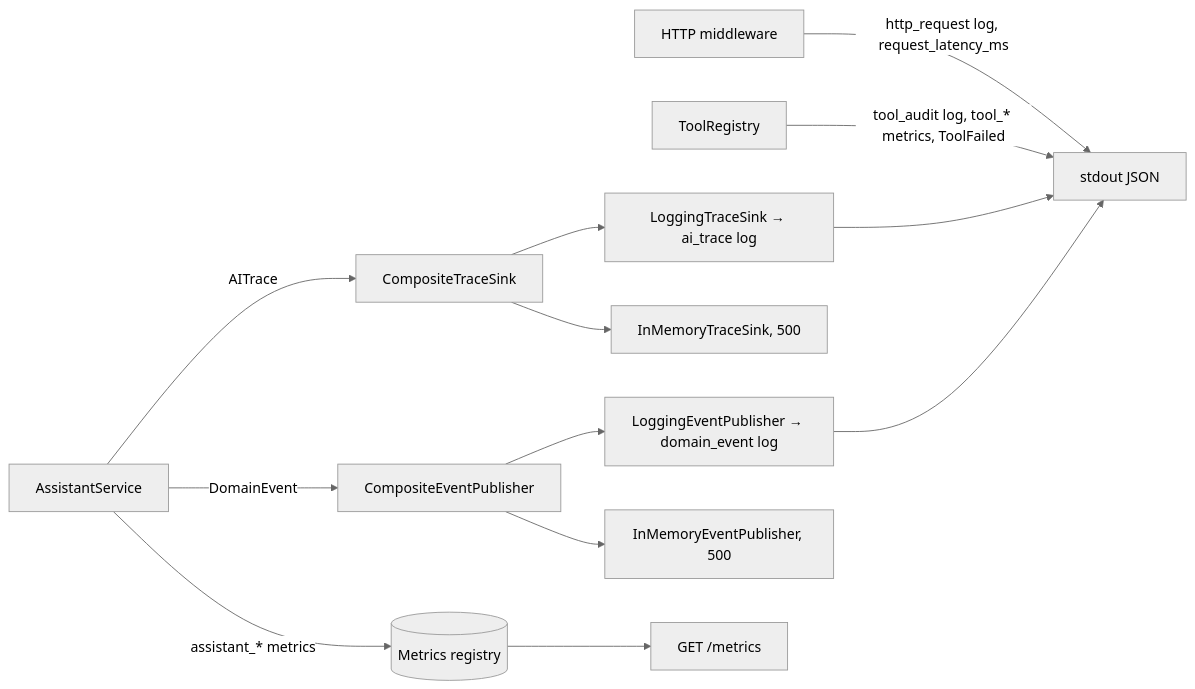
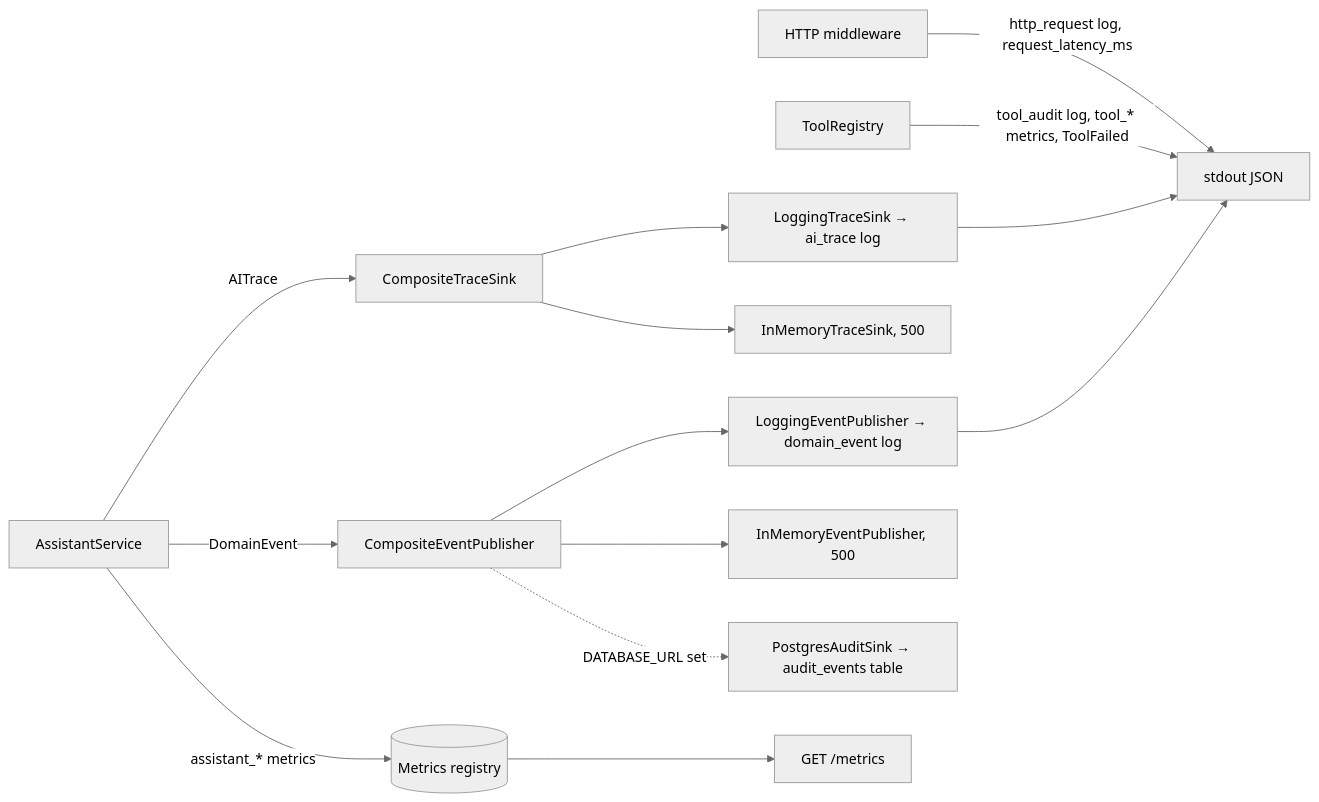
Before and after one commit to chandu0580/simplotel-agent: the diagram in docs/OBSERVABILITY.md, drawn with Mermaid (neutral theme). The commit also changed other lines of this file and 112 other files, not shown here.

````diff
--- a/docs/OBSERVABILITY.md
+++ b/docs/OBSERVABILITY.md
@@ -11,15 +11,16 @@
 ```mermaid
 flowchart LR
   MW[HTTP middleware] -->|http_request log, request_latency_ms| OUT
   SVC[AssistantService] -->|AITrace| TS[CompositeTraceSink]
   SVC -->|DomainEvent| EP[CompositeEventPublisher]
   SVC -->|assistant_* metrics| M[(Metrics registry)]
   TR[ToolRegistry] -->|tool_audit log, tool_* metrics, ToolFailed| OUT
   TS --> LTS[LoggingTraceSink → ai_trace log]
   TS --> IMT[InMemoryTraceSink, 500]
   EP --> LEP[LoggingEventPublisher → domain_event log]
   EP --> IME[InMemoryEventPublisher, 500]
+  EP -.->|DATABASE_URL set| PG[PostgresAuditSink → audit_events table]
   M --> P[GET /metrics]
   LTS --> OUT[stdout JSON]
   LEP --> OUT
 ```
````
